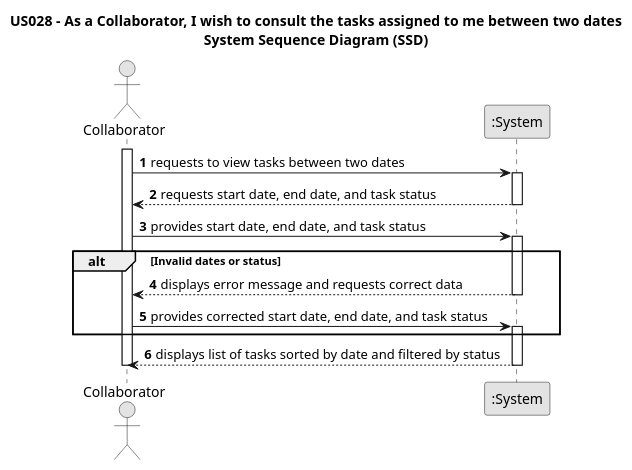
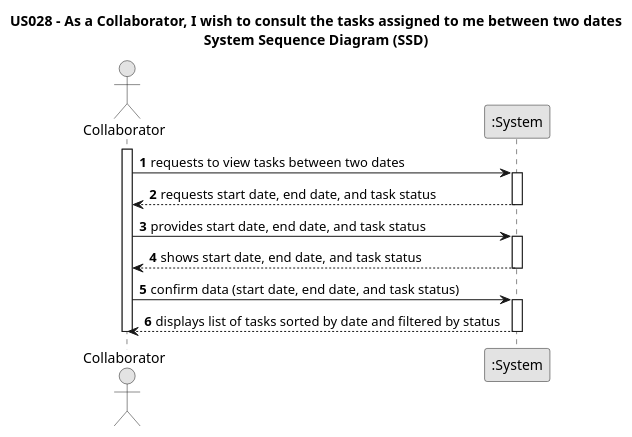
Before and after one commit to Mendoncaa/LAPR2: the diagram in docs/sprintC/US028/01.requirements-engineering/puml/us028-system-sequence-diagram.puml, drawn with PlantUML. The commit also changed 4 other files, not shown here.

Commit message:
Update class diagram (US04, US28, US29); Update system sequence diagram and sequence diagram (US28)

```diff
--- a/docs/sprintC/US028/01.requirements-engineering/puml/us028-system-sequence-diagram.puml
+++ b/docs/sprintC/US028/01.requirements-engineering/puml/us028-system-sequence-diagram.puml
@@ -1,38 +1,38 @@
 @startuml
 skinparam monochrome true
 skinparam packageStyle rectangle
 skinparam shadowing false
 
 title US028 - As a Collaborator, I wish to consult the tasks assigned to me between two dates\nSystem Sequence Diagram (SSD)
 
 autonumber
 
 actor "Collaborator" as Collaborator
 participant ":System" as System
 
 activate Collaborator
 
     Collaborator -> System : requests to view tasks between two dates
     activate System
 
         System --> Collaborator : requests start date, end date, and task status
     deactivate System
 
     Collaborator -> System : provides start date, end date, and task status
     activate System
 
-        alt Invalid dates or status
-            System --> Collaborator : displays error message and requests correct data
-            deactivate System
 
-            Collaborator -> System : provides corrected start date, end date, and task status
-            activate System
-        end
+         System --> Collaborator : shows start date, end date, and task status
+    deactivate System
+
+    Collaborator -> System : confirm data (start date, end date, and task status)
+    activate System
+
 
         System --> Collaborator : displays list of tasks sorted by date and filtered by status
     deactivate System
 
 deactivate Collaborator
 
 
 @enduml
```
